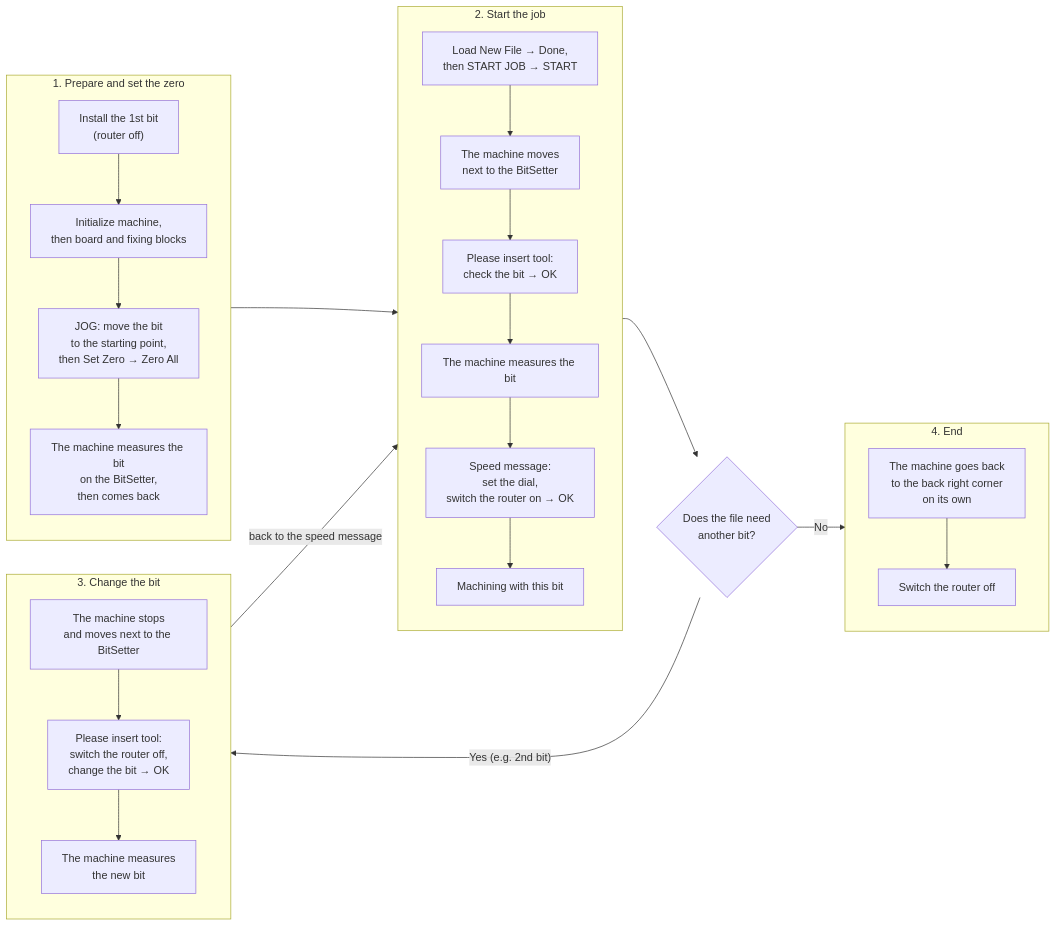
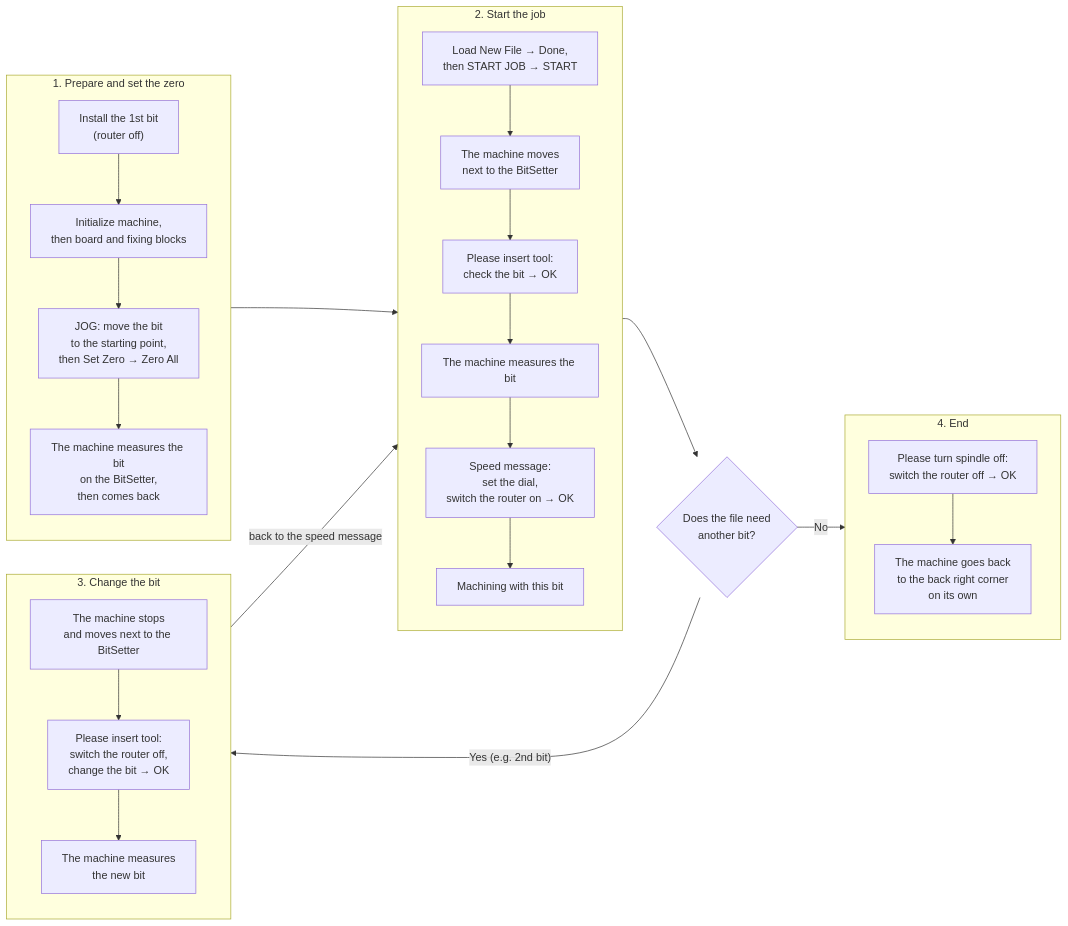
The diagram in src/content/docs/en/guides/cnc-machine.md (Fablab-PAE/pae-docs), drawn with Mermaid before and after one commit. The commit also changed other lines of this file and 1 other file, not shown here.

````diff
--- a/src/content/docs/en/guides/cnc-machine.md
+++ b/src/content/docs/en/guides/cnc-machine.md
@@ -103,31 +103,31 @@
 ```mermaid
 flowchart LR
   subgraph prep ["1. Prepare and set the zero"]
     direction TB
     A["Install the 1st bit<br/>(router off)"] --> B["Initialize machine,<br/>then board and fixing blocks"]
     B --> C["JOG: move the bit<br/>to the starting point,<br/>then Set Zero → Zero All"]
     C --> D["The machine measures the bit<br/>on the BitSetter,<br/>then comes back"]:::risk
   end
   subgraph run ["2. Start the job"]
     direction TB
     E["Load New File → Done,<br/>then START JOB → START"] --> F["The machine moves<br/>next to the BitSetter"]:::risk
     F --> G["Please insert tool:<br/>check the bit → OK"]:::queue
     G --> H["The machine measures the bit"]:::risk
     H --> I["Speed message:<br/>set the dial,<br/>switch the router on → OK"]:::queue
     I --> J["Machining with this bit"]:::new
   end
   subgraph change ["3. Change the bit"]
     direction TB
     L["The machine stops<br/>and moves next to the BitSetter"]:::risk --> M["Please insert tool:<br/>switch the router off,<br/>change the bit → OK"]:::queue
     M --> N["The machine measures<br/>the new bit"]:::risk
   end
   subgraph fin ["4. End"]
     direction TB
-    O["The machine goes back<br/>to the back right corner<br/>on its own"]:::risk --> P["Switch the router off"]
+    O["Please turn spindle off:<br/>switch the router off → OK"]:::queue --> P["The machine goes back<br/>to the back right corner<br/>on its own"]:::risk
   end
   prep --> run
   run --> K{"Does the file need<br/>another bit?"}
   K -- "Yes (e.g. 2nd bit)" --> change
   change -- "back to the speed message" --> run
   K -- "No" --> fin
 ```
````
